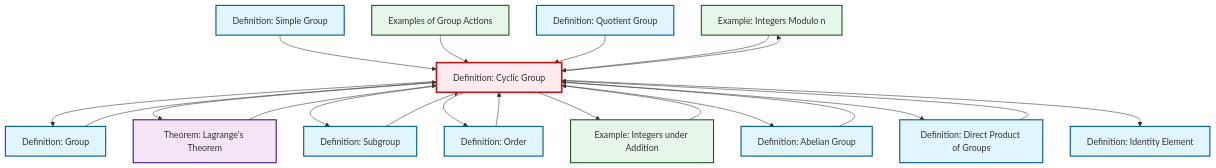
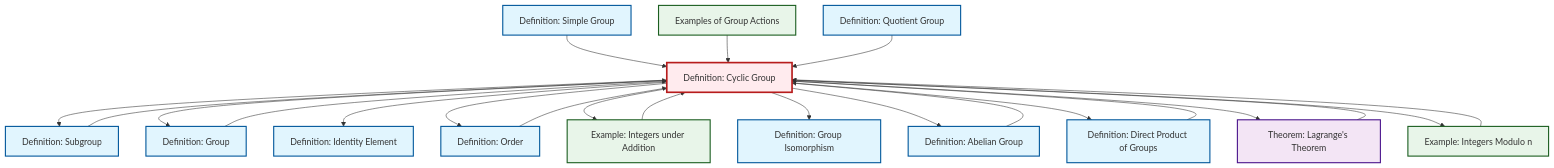
One commit to RK0429/ModernMath changed the diagram in content/ja/algebra/def-cyclic-group.qmd. Above: the diagram before and after it, drawn with Mermaid. The commit also changed other lines of this file and 581 other files, not shown here.

````diff
--- a/content/ja/algebra/def-cyclic-group.qmd
+++ b/content/ja/algebra/def-cyclic-group.qmd
@@ -101,55 +102,58 @@
 ```{mermaid}
 %%| fig-cap: "Local dependency graph"
 graph TD
     classDef definition fill:#e1f5fe,stroke:#01579b,stroke-width:2px
     classDef theorem fill:#f3e5f5,stroke:#4a148c,stroke-width:2px
     classDef axiom fill:#fff3e0,stroke:#e65100,stroke-width:2px
     classDef example fill:#e8f5e9,stroke:#1b5e20,stroke-width:2px
     classDef current fill:#ffebee,stroke:#b71c1c,stroke-width:3px
+    def-simple-group["Definition: Simple Group"]:::definition
+    def-subgroup["Definition: Subgroup"]:::definition
     ex-quotient-integers-mod-n["Example: Integers Modulo n"]:::example
-    def-group["Definition: Group"]:::definition
+    def-order["Definition: Order"]:::definition
+    def-quotient-group["Definition: Quotient Group"]:::definition
+    thm-lagrange["Theorem: Lagrange's Theorem"]:::theorem
+    def-abelian-group["Definition: Abelian Group"]:::definition
+    def-isomorphism["Definition: Group Isomorphism"]:::definition
     def-cyclic-group["Definition: Cyclic Group"]:::definition
-    thm-lagrange["Theorem: Lagrange's Theorem"]:::theorem
-    def-quotient-group["Definition: Quotient Group"]:::definition
-    def-subgroup["Definition: Subgroup"]:::definition
-    def-order["Definition: Order"]:::definition
-    def-simple-group["Definition: Simple Group"]:::definition
-    def-direct-product["Definition: Direct Product of Groups"]:::definition
     def-identity-element["Definition: Identity Element"]:::definition
     ex-integers-addition["Example: Integers under Addition"]:::example
-    def-abelian-group["Definition: Abelian Group"]:::definition
     ex-group-action-examples["Examples of Group Actions"]:::example
+    def-group["Definition: Group"]:::definition
+    def-direct-product["Definition: Direct Product of Groups"]:::definition
+    def-cyclic-group --> def-subgroup
+    ex-integers-addition --> def-cyclic-group
+    def-cyclic-group --> def-group
+    def-cyclic-group --> def-identity-element
     def-direct-product --> def-cyclic-group
+    def-cyclic-group --> def-order
+    def-group --> def-cyclic-group
+    def-cyclic-group --> ex-integers-addition
+    ex-quotient-integers-mod-n --> def-cyclic-group
+    def-abelian-group --> def-cyclic-group
+    def-cyclic-group --> def-isomorphism
+    def-cyclic-group --> def-abelian-group
+    def-cyclic-group --> def-direct-product
+    def-cyclic-group --> thm-lagrange
+    thm-lagrange --> def-cyclic-group
     def-simple-group --> def-cyclic-group
     def-order --> def-cyclic-group
-    def-group --> def-cyclic-group
-    def-cyclic-group --> def-group
+    def-cyclic-group --> ex-quotient-integers-mod-n
     ex-group-action-examples --> def-cyclic-group
-    def-cyclic-group --> thm-lagrange
-    def-cyclic-group --> def-subgroup
-    def-cyclic-group --> def-order
-    def-cyclic-group --> ex-integers-addition
-    def-cyclic-group --> def-abelian-group
+    def-subgroup --> def-cyclic-group
     def-quotient-group --> def-cyclic-group
-    def-abelian-group --> def-cyclic-group
-    ex-integers-addition --> def-cyclic-group
-    def-subgroup --> def-cyclic-group
-    def-cyclic-group --> def-direct-product
-    def-cyclic-group --> def-identity-element
-    def-cyclic-group --> ex-quotient-integers-mod-n
-    thm-lagrange --> def-cyclic-group
-    ex-quotient-integers-mod-n --> def-cyclic-group
     class def-cyclic-group current
+    click def-simple-group "def-simple-group.html" "Definition: Simple Groupへ"
+    click def-subgroup "def-subgroup.html" "Definition: Subgroupへ"
     click ex-quotient-integers-mod-n "ex-quotient-integers-mod-n.html" "Example: Integers Modulo nへ"
-    click def-group "def-group.html" "Definition: Groupへ"
+    click def-order "def-order.html" "Definition: Orderへ"
+    click def-quotient-group "def-quotient-group.html" "Definition: Quotient Groupへ"
     click thm-lagrange "thm-lagrange.html" "Theorem: Lagrange's Theoremへ"
-    click def-quotient-group "def-quotient-group.html" "Definition: Quotient Groupへ"
-    click def-subgroup "def-subgroup.html" "Definition: Subgroupへ"
-    click def-order "def-order.html" "Definition: Orderへ"
-    click def-simple-group "def-simple-group.html" "Definition: Simple Groupへ"
-    click def-direct-product "def-direct-product.html" "Definition: Direct Product of Groupsへ"
+    click def-abelian-group "def-abelian-group.html" "Definition: Abelian Groupへ"
+    click def-isomorphism "def-isomorphism.html" "Definition: Group Isomorphismへ"
     click def-identity-element "def-identity-element.html" "Definition: Identity Elementへ"
     click ex-integers-addition "ex-integers-addition.html" "Example: Integers under Additionへ"
-    click def-abelian-group "def-abelian-group.html" "Definition: Abelian Groupへ"
     click ex-group-action-examples "ex-group-action-examples.html" "Examples of Group Actionsへ"
+    click def-group "def-group.html" "Definition: Groupへ"
+    click def-direct-product "def-direct-product.html" "Definition: Direct Product of Groupsへ"
 ```
````
